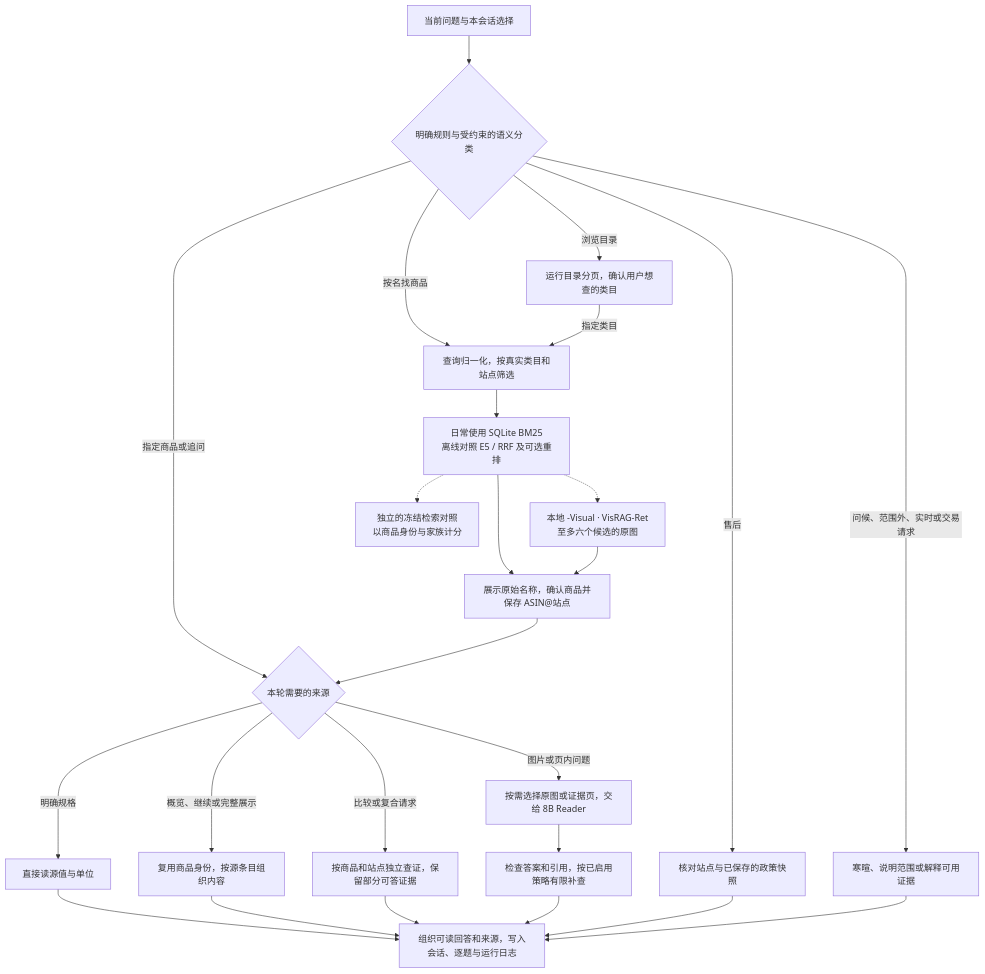
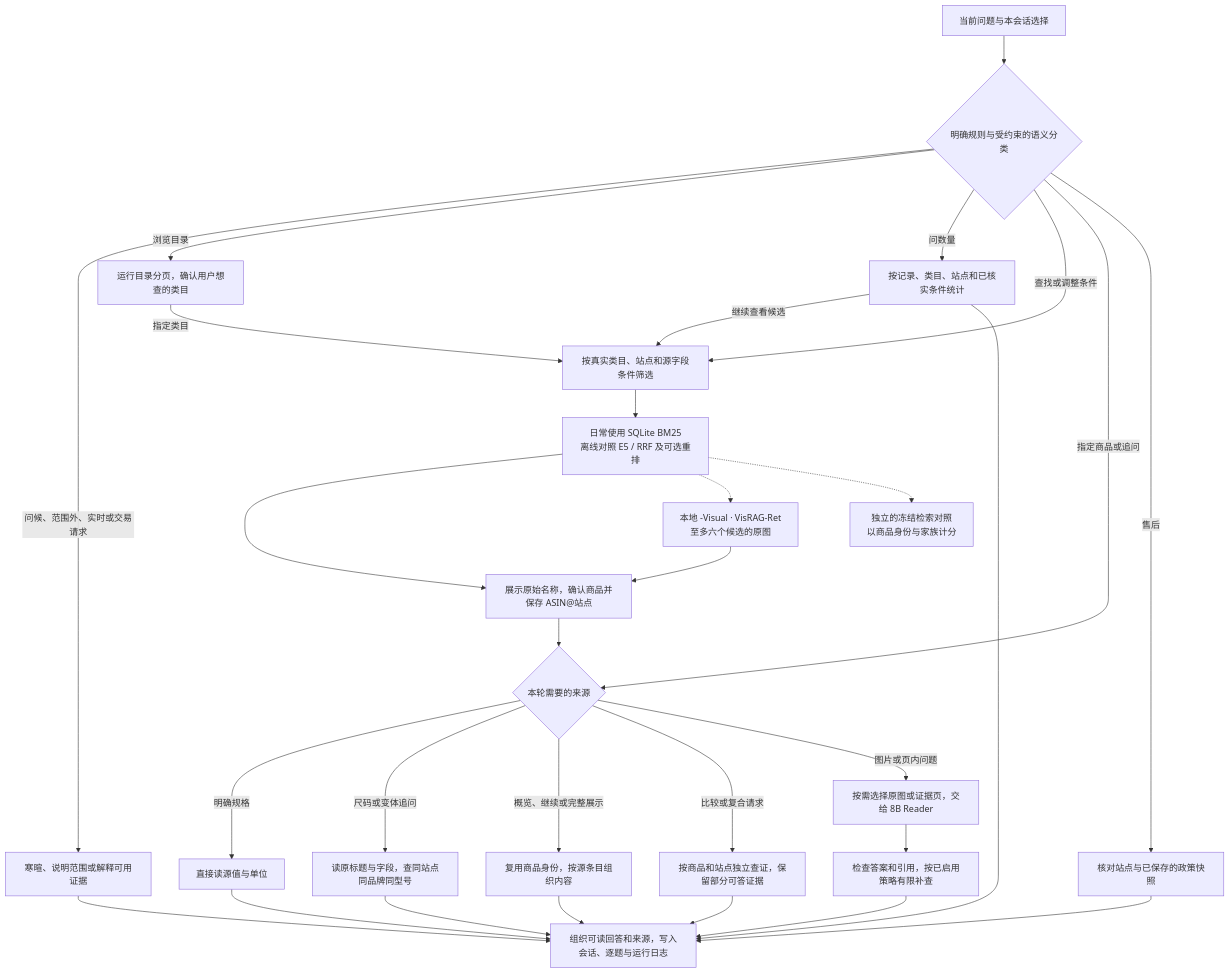
Before and after one commit to AaronYue77/ABO-Adaptive-RAG: the second of 4 diagrams in docs/A-D阶段流程.md, drawn with Mermaid. The commit also changed other lines of this file and 13 other files, not shown here.

````diff
--- a/docs/A-D阶段流程.md
+++ b/docs/A-D阶段流程.md
@@ -35,26 +35,31 @@
 ```mermaid
 flowchart TD
     q["当前问题与本会话选择"] --> route{"明确规则与受约束的语义分类"}
     route -->|"问候、范围外、实时或交易请求"| plain["寒暄、说明范围或解释可用证据"]
     route -->|浏览目录| directory["运行目录分页，确认用户想查的类目"]
-    route -->|按名找商品| search["查询归一化，按真实类目和站点筛选"]
+    route -->|问数量| tally["按记录、类目、站点和已核实条件统计"]
+    tally -->|继续查看候选| search
+    route -->|查找或调整条件| search["按真实类目、站点和源字段条件筛选"]
     directory -->|指定类目| search
     search --> rank["日常使用 SQLite BM25<br/>离线对照 E5 / RRF 及可选重排"]
     rank --> choose["展示原始名称，确认商品并保存 ASIN@站点"]
     rank -.-> visual["本地 -Visual · VisRAG-Ret<br/>至多六个候选的原图"] --> choose
     route -->|指定商品或追问| evidence{"本轮需要的来源"}
     choose --> evidence
     evidence -->|明确规格| fields["直接读源值与单位"]
+    evidence -->|尺码或变体追问| variants["读原标题与字段，查同站点同品牌同型号"]
     evidence -->|概览、继续或完整展示| detail["复用商品身份，按源条目组织内容"]
     evidence -->|比较或复合请求| multi["按商品和站点独立查证，保留部分可答证据"]
     evidence -->|图片或页内问题| reader["按需选择原图或证据页，交给 8B Reader"]
     route -->|售后| policy["核对站点与已保存的政策快照"]
     reader --> guard["检查答案和引用，按已启用策略有限补查"]
     fields --> answer["组织可读回答和来源，写入会话、逐题与运行日志"]
+    tally --> answer
+    variants --> answer
     detail --> answer
     multi --> answer
     guard --> answer
     policy --> answer
     plain --> answer
     rank -.-> offline["独立的冻结检索对照<br/>以商品身份与家族计分"]
 ```
````
